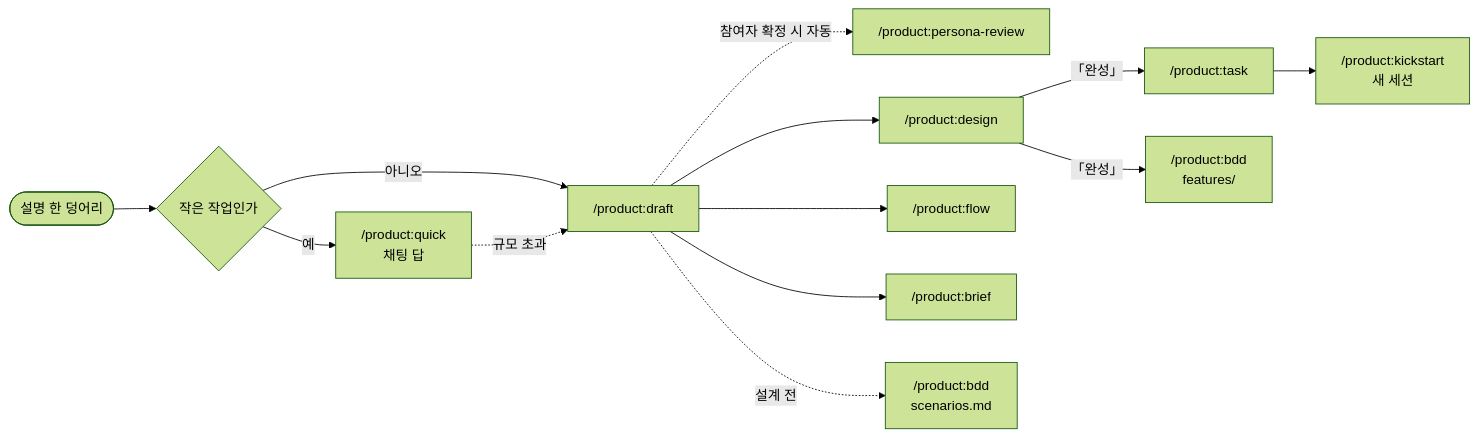
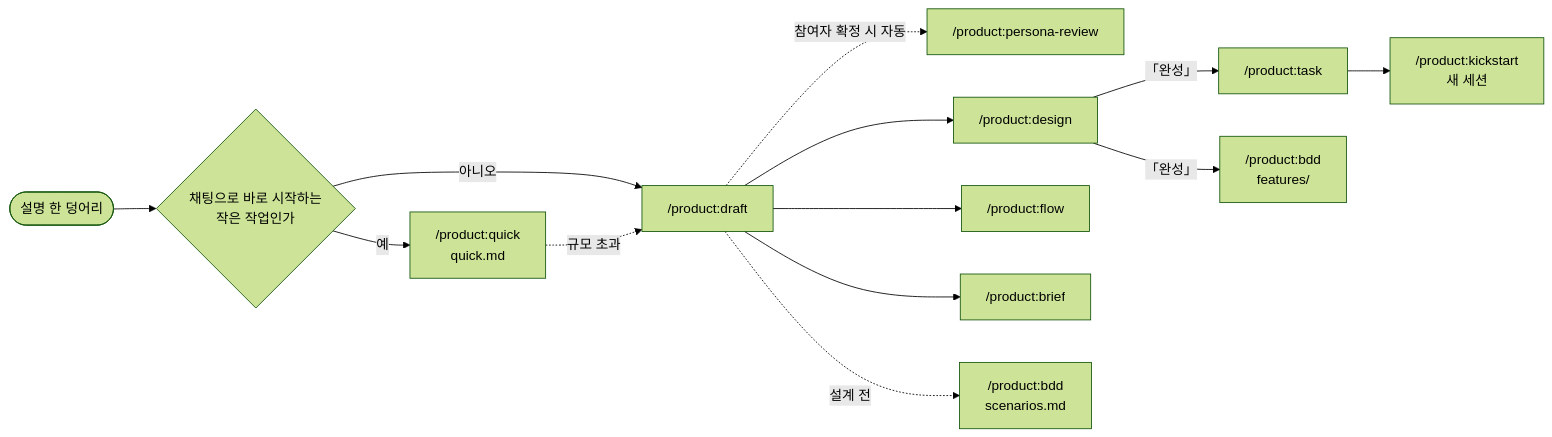
The diagram in plugins/product/WORKFLOW.md (dorage/product-skills), drawn with Mermaid (forest theme) before and after one commit. The commit also changed other lines of this file and 11 other files, not shown here.

First line of the commit message:
feat(product):quick 스펙도 기능 폴더에 남겨 다시 찾게 함

````diff
--- a/plugins/product/WORKFLOW.md
+++ b/plugins/product/WORKFLOW.md
@@ -12,15 +12,15 @@
 ```mermaid
 flowchart LR
-    start([설명 한 덩어리]) --> size{작은 작업인가}
-    size -- 예 --> quick["/product:quick<br/>채팅 답"]
+    start([설명 한 덩어리]) --> size{채팅으로 바로 시작하는<br/>작은 작업인가}
+    size -- 예 --> quick["/product:quick<br/>quick.md"]
     size -- 아니오 --> draft["/product:draft"]
     draft -. 참여자 확정 시 자동 .-> review["/product:persona-review"]
     quick -. 규모 초과 .-> draft
     draft --> design["/product:design"]
     draft --> flow["/product:flow"]
     draft --> brief["/product:brief"]
     draft -. 설계 전 .-> bddp["/product:bdd<br/>scenarios.md"]
     design -- 「완성」 --> task["/product:task"]
     design -- 「완성」 --> bdd["/product:bdd<br/>features/"]
     task --> kick["/product:kickstart<br/>새 세션"]
 ```
````
